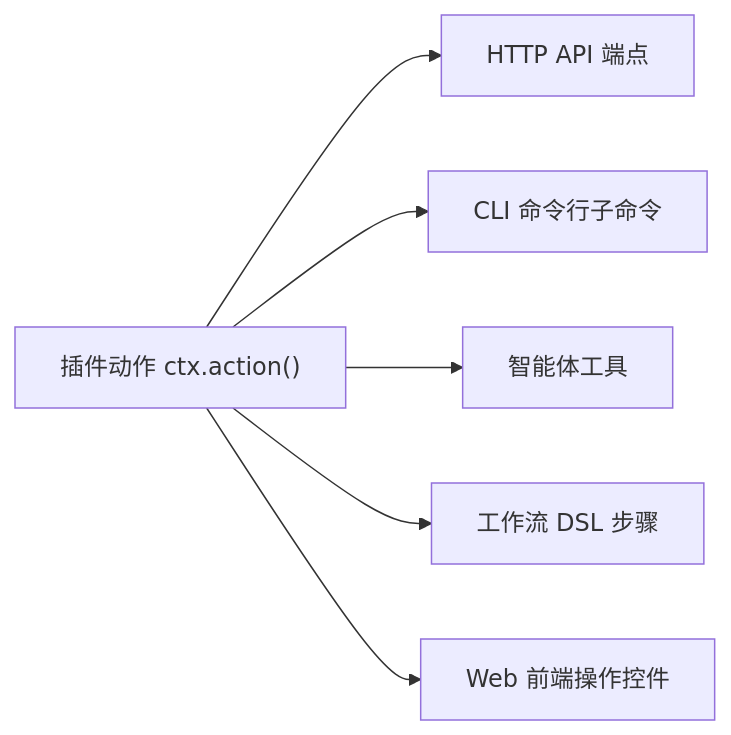
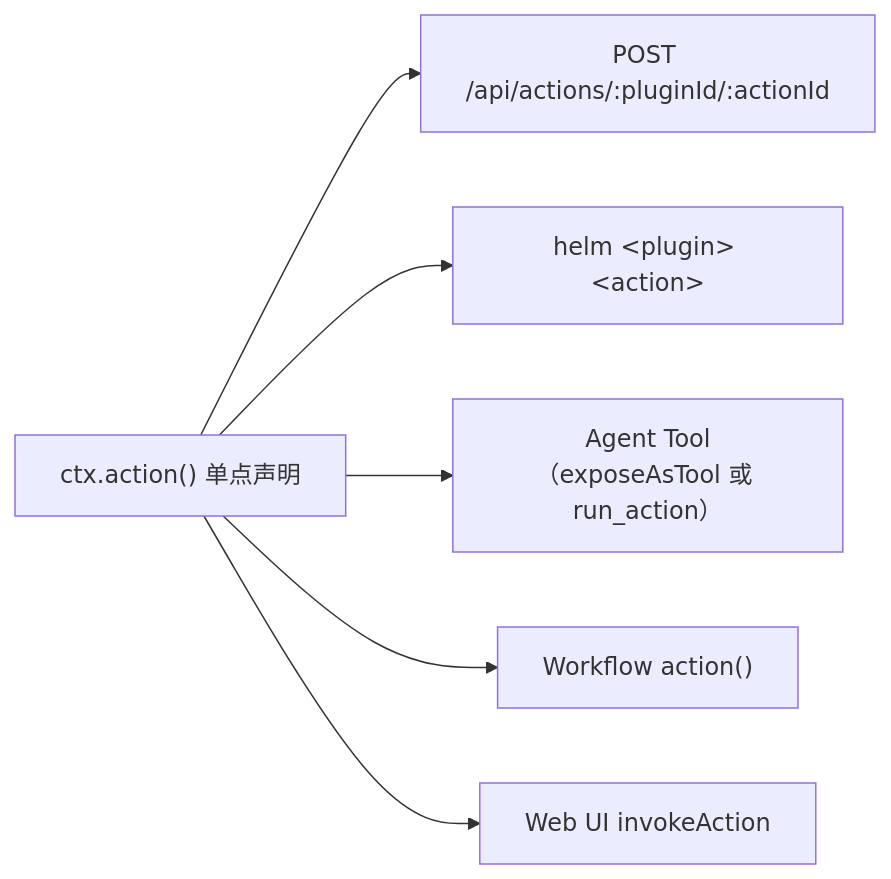
The third of 3 diagrams in docs/architecture/overview.md (team4u/helm), drawn with Mermaid before and after one commit. The commit also changed other lines of this file and 67 other files, not shown here.

````diff
--- a/docs/architecture/overview.md
+++ b/docs/architecture/overview.md
@@ -124,8 +93,8 @@
 ```mermaid
 flowchart LR
-    Action["插件动作 ctx.action()"] --> HttpApi["HTTP API 端点"]
-    Action --> CliCmd["CLI 命令行子命令"]
-    Action --> AgentTool["智能体工具"]
-    Action --> WfStep["工作流 DSL 步骤"]
-    Action --> WebUi["Web 前端操作控件"]
+    Action["ctx.action() 单点声明"] --> Http["POST /api/actions/:pluginId/:actionId"]
+    Action --> Cli["helm &lt;plugin&gt; &lt;action&gt;"]
+    Action --> Tool["Agent Tool（exposeAsTool 或 run_action）"]
+    Action --> Wf["Workflow action()"]
+    Action --> Web["Web UI invokeAction"]
 ```
````
